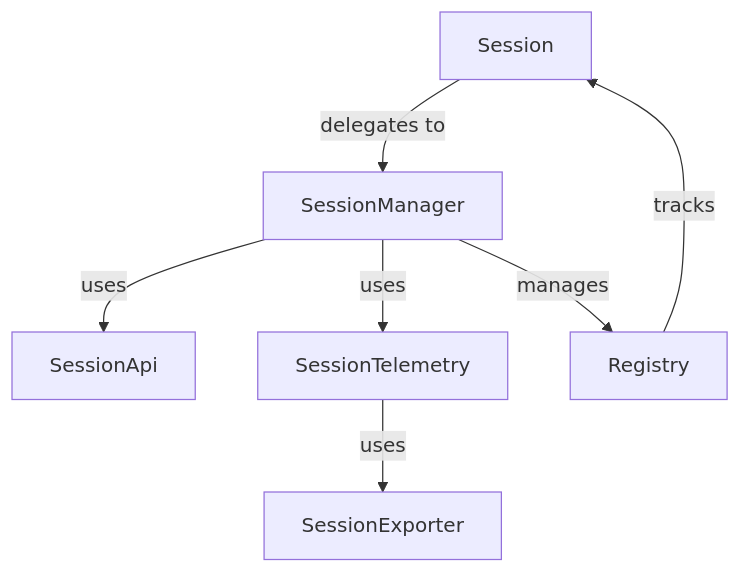
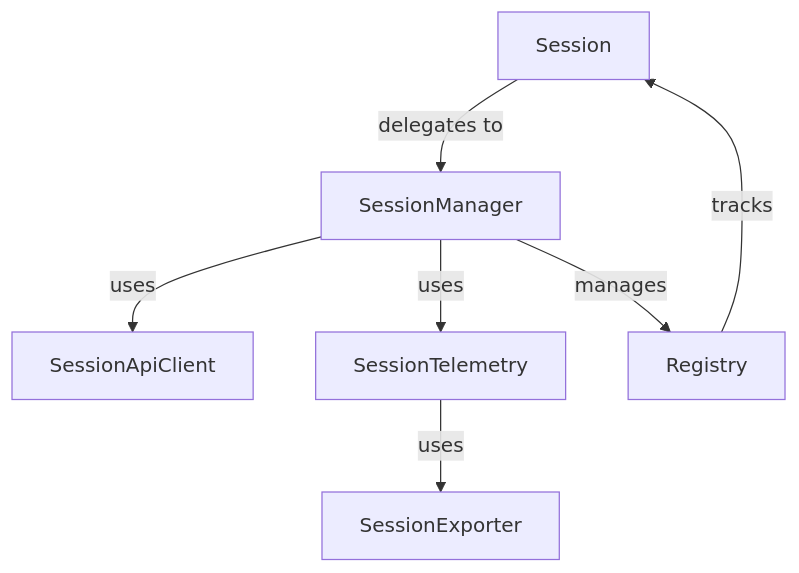
The first of 2 diagrams in agentops/session/README.md (AgentOps-AI/agentops), drawn with Mermaid before and after one commit. The commit also changed other lines of this file and 12 other files, not shown here.

````diff
--- a/agentops/session/README.md
+++ b/agentops/session/README.md
@@ -7,9 +7,9 @@
 ```mermaid
 graph TD
     S[Session] --> |delegates to| M[SessionManager]
-    M --> |uses| A[SessionApi]
+    M --> |uses| A[SessionApiClient]
     M --> |uses| T[SessionTelemetry]
     T --> |uses| E[SessionExporter]
     M --> |manages| R[Registry]
     R --> |tracks| S
 ```
````
